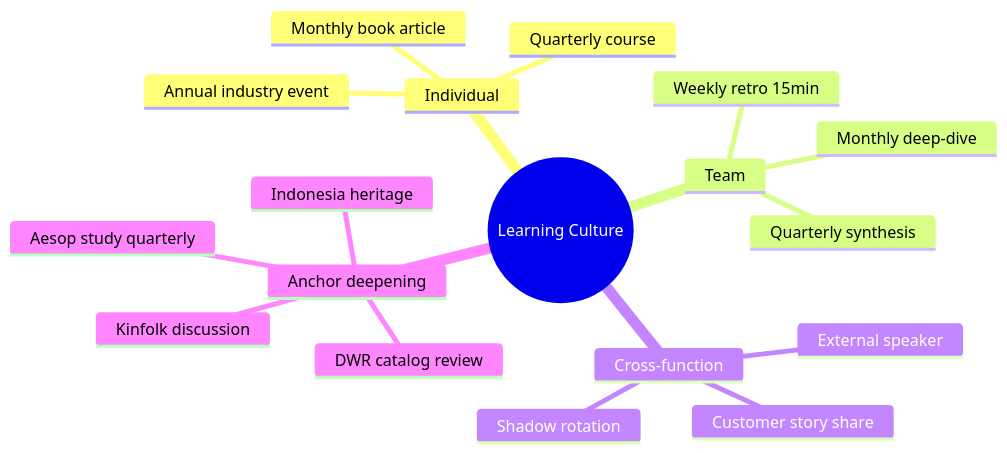
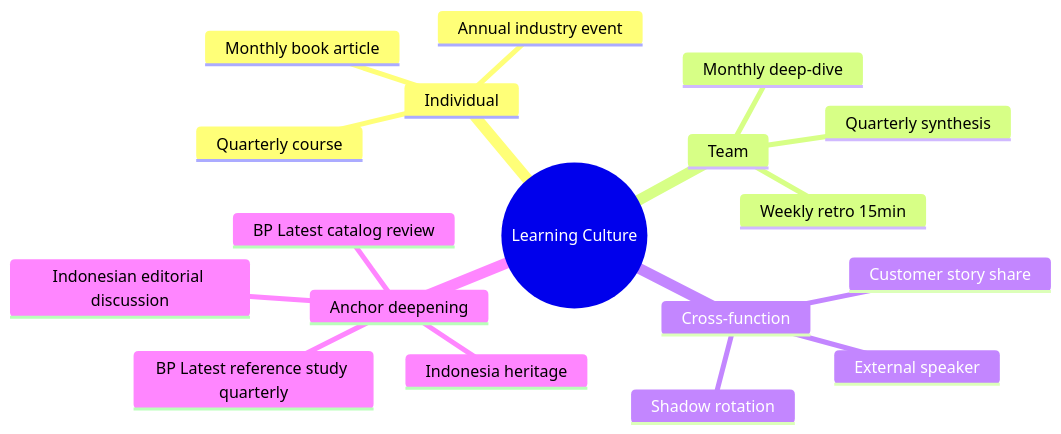
One commit to MahewAi/Mahew changed the third of 3 diagrams in librechat-deploy/skills/atmaja/knowledge-orchestration.md. Above: the diagram before and after it, drawn with Mermaid. The commit also changed other lines of this file and 80 other files, not shown here.

````diff
--- a/librechat-deploy/skills/atmaja/knowledge-orchestration.md
+++ b/librechat-deploy/skills/atmaja/knowledge-orchestration.md
@@ -386,21 +386,21 @@
 ```mermaid
 mindmap
   root((Learning Culture))
     Individual
       Monthly book article
       Quarterly course
       Annual industry event
     Team
       Weekly retro 15min
       Monthly deep-dive
       Quarterly synthesis
     Cross-function
       Shadow rotation
       Customer story share
       External speaker
     Anchor deepening
-      Aesop study quarterly
-      DWR catalog review
-      Kinfolk discussion
+      BP Latest reference study quarterly
+      BP Latest catalog review
+      Indonesian editorial discussion
       Indonesia heritage
 ```
````
